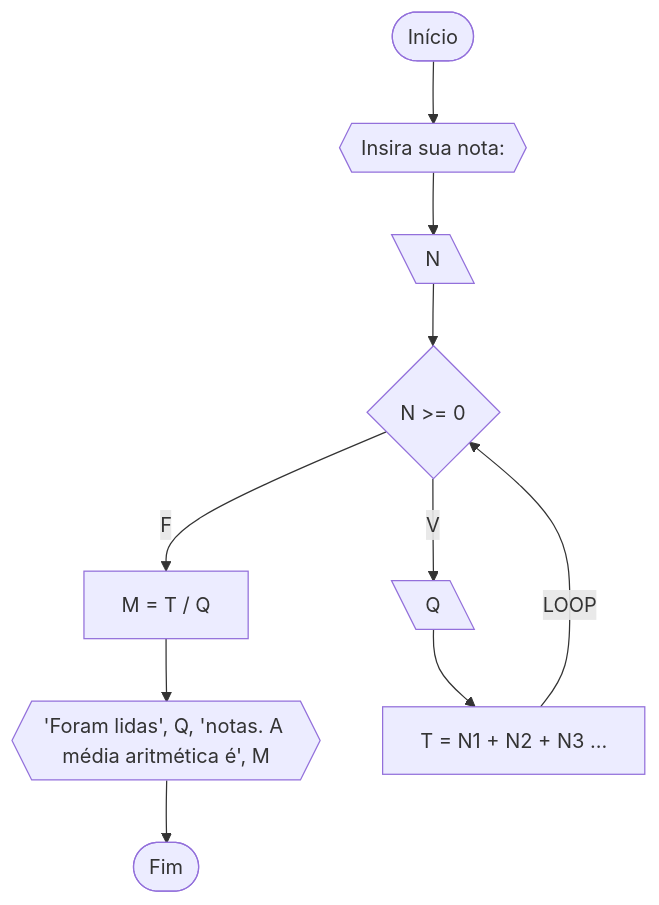
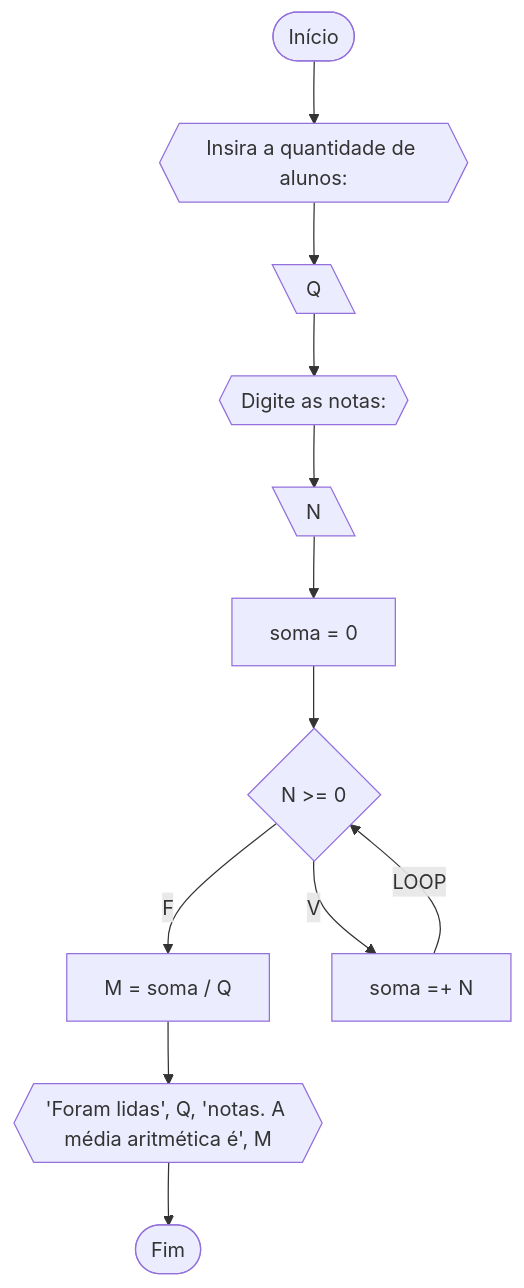
One commit to Jandih/Unifor changed the fourth of 4 diagrams in RLA/lista_exercicio_3.md. Above: the diagram before and after it, drawn with Mermaid. The commit also changed other lines of this file, not shown here.

`````diff
--- a/RLA/lista_exercicio_3.md
+++ b/RLA/lista_exercicio_3.md
@@ -98,12 +98,14 @@
 ````mermaid
 flowchart TD
-A([Início]) --> B{{Insira sua nota:}}
-B --> C[\N\]
-C --> D{N >= 0}
-D --F--> H[M = T / Q]
+A([Início]) --> B{{Insira a quantidade de alunos:}}
+B --> C[\Q\]
+M --> D{N >= 0}
+D --F--> H[M = soma / Q]
 H --> I{{'Foram lidas', Q, 'notas. A média aritmética é', M}}
 I --> J([Fim])
-D --V--> F[\Q\]
-F --> G[T = N1 + N2 + N3 ...]
-G --LOOP--> D
+D --V--> F[soma =+ N]
+F --LOOP--> D
+C --> K{{Digite as notas:}}
+K --> L[\N\]
+L --> M[soma = 0]
 ````
`````
